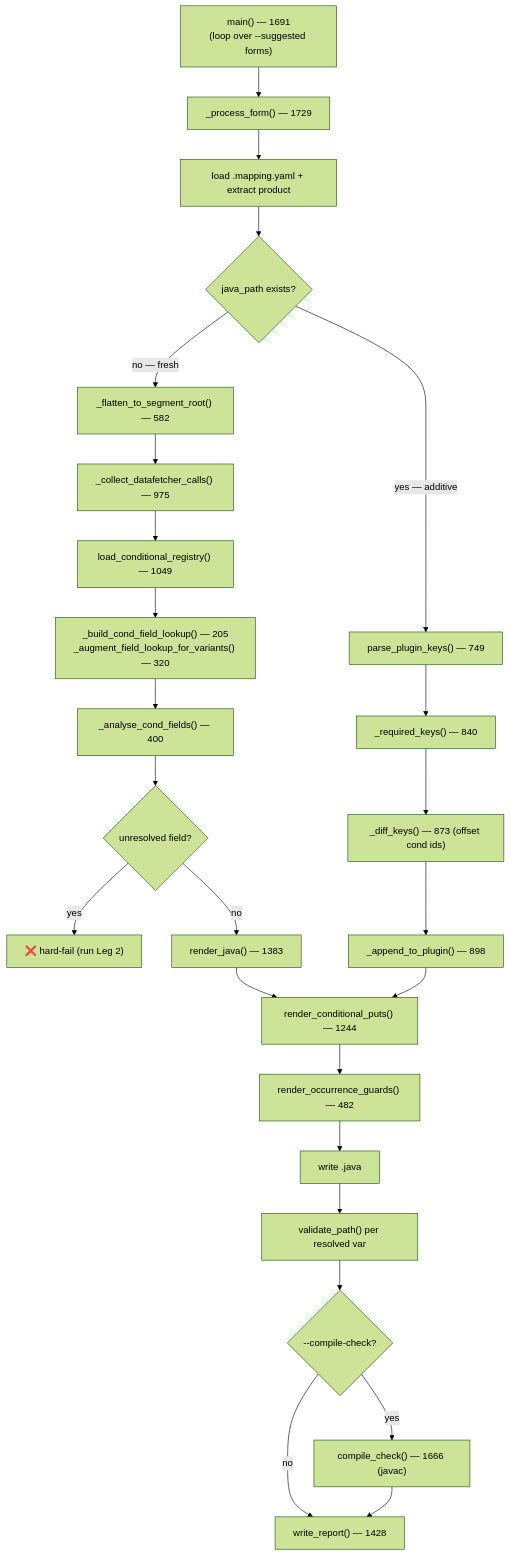
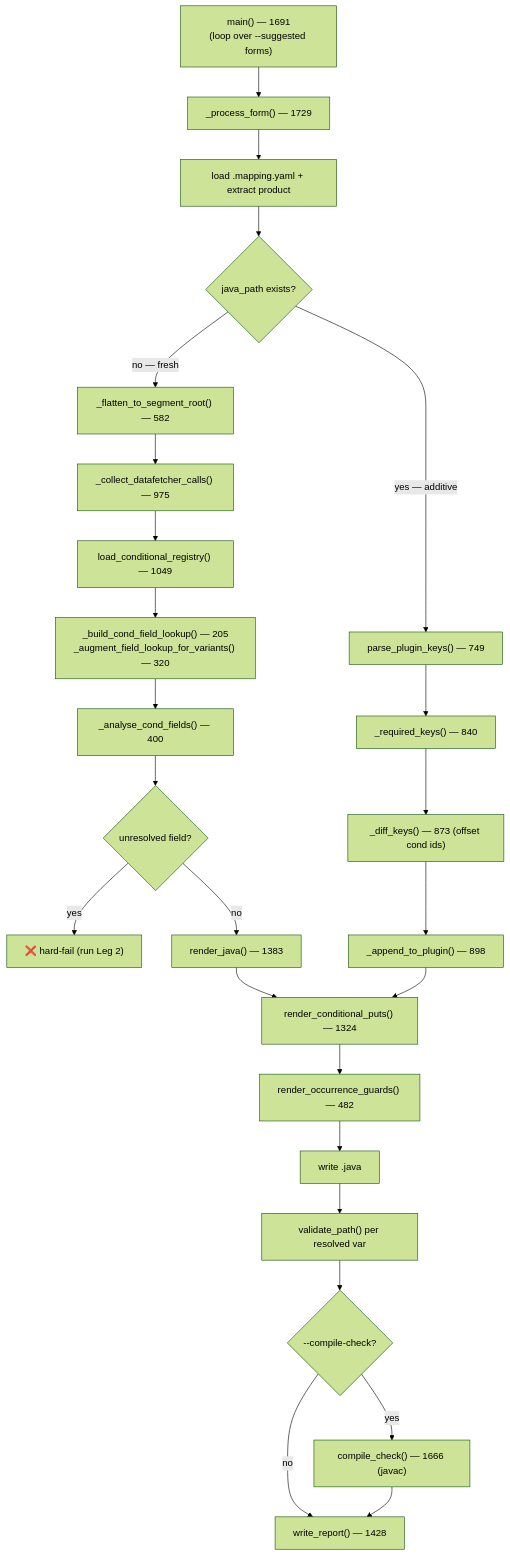
The fifth of 5 diagrams in docs/leg-internals.md (joshlawrence-web/socotra-document-conversion), drawn with Mermaid (forest theme) before and after one commit. The commit also changed other lines of this file and 31 other files, not shown here.

````diff
--- a/docs/leg-internals.md
+++ b/docs/leg-internals.md
@@ -223,27 +229,27 @@
 ```mermaid
 flowchart TD
   A["main() — 1691<br/>(loop over --suggested forms)"] --> C["_process_form() — 1729"]
   C --> D["load .mapping.yaml + extract product"]
   D --> F{java_path exists?}
   F -->|no — fresh| I["_flatten_to_segment_root() — 582"]
   I --> J["_collect_datafetcher_calls() — 975"]
   J --> K["load_conditional_registry() — 1049"]
   K --> L["_build_cond_field_lookup() — 205<br/>_augment_field_lookup_for_variants() — 320"]
   L --> M["_analyse_cond_fields() — 400"]
   M --> N{unresolved field?}
   N -->|yes| O["❌ hard-fail (run Leg 2)"]
   N -->|no| P["render_java() — 1383"]
   F -->|yes — additive| Q["parse_plugin_keys() — 749"]
   Q --> R["_required_keys() — 840"]
   R --> S["_diff_keys() — 873 (offset cond ids)"]
   S --> T["_append_to_plugin() — 898"]
-  P --> V["render_conditional_puts() — 1244"]
+  P --> V["render_conditional_puts() — 1324"]
   T --> V
   V --> W["render_occurrence_guards() — 482"]
   W --> X["write .java"]
   X --> Y["validate_path() per resolved var"]
   Y --> Z{--compile-check?}
   Z -->|yes| AA["compile_check() — 1666 (javac)"]
   Z -->|no| AC
   AA --> AC["write_report() — 1428"]
 ```
````
